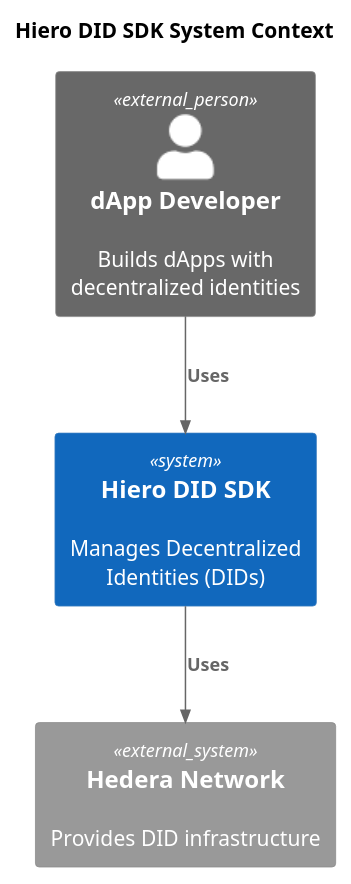
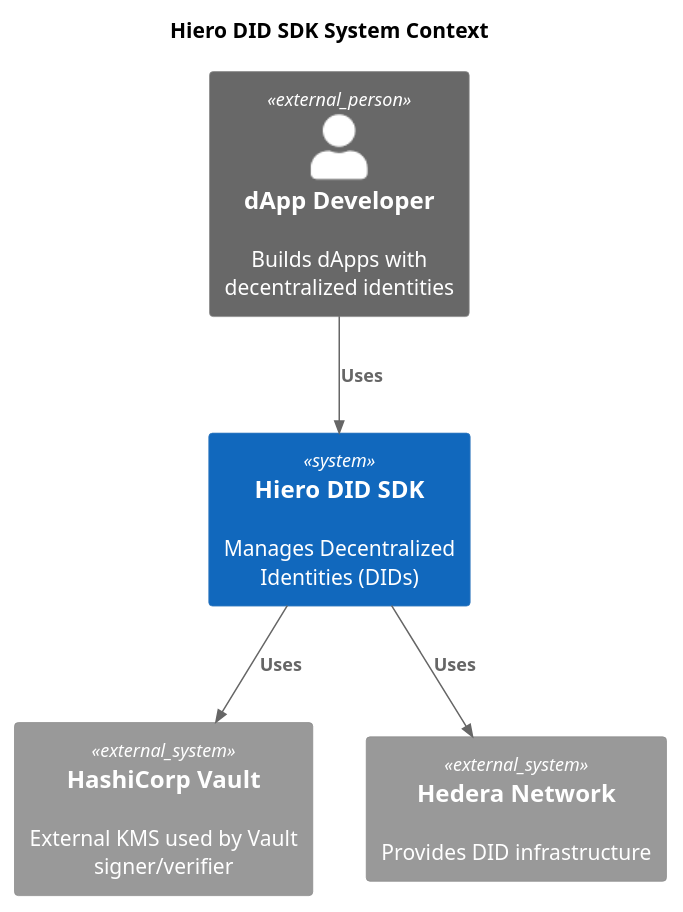
One commit to hiero-ledger/hiero-did-sdk-js changed the diagram in docs/modules/ROOT/pages/02-design/diagrams/system-context-diagram.puml. Above: the diagram before and after it, drawn with PlantUML. The commit also changed 62 other files, not shown here.

Commit message:
Fix formats, diagrams, found issues

```diff
--- a/docs/modules/ROOT/pages/02-design/diagrams/system-context-diagram.puml
+++ b/docs/modules/ROOT/pages/02-design/diagrams/system-context-diagram.puml
@@ -1,15 +1,18 @@
 @startuml
 !include https://raw.githubusercontent.com/plantuml-stdlib/C4-PlantUML/master/C4_Context.puml
 
 title Hiero DID SDK System Context
 
 Person_Ext(developer, "dApp Developer", "Builds dApps with decentralized identities")
 
 System(sdk, "Hiero DID SDK", "Manages Decentralized Identities (DIDs)")
 
+System_Ext(hashicorp, "HashiCorp Vault", "External KMS used by Vault signer/verifier")
+
 System_Ext(hedera, "Hedera Network", "Provides DID infrastructure")
 
 Rel(developer, sdk, "Uses")
 Rel(sdk, hedera, "Uses")
+Rel(sdk, hashicorp, "Uses")
 
 @enduml
```
